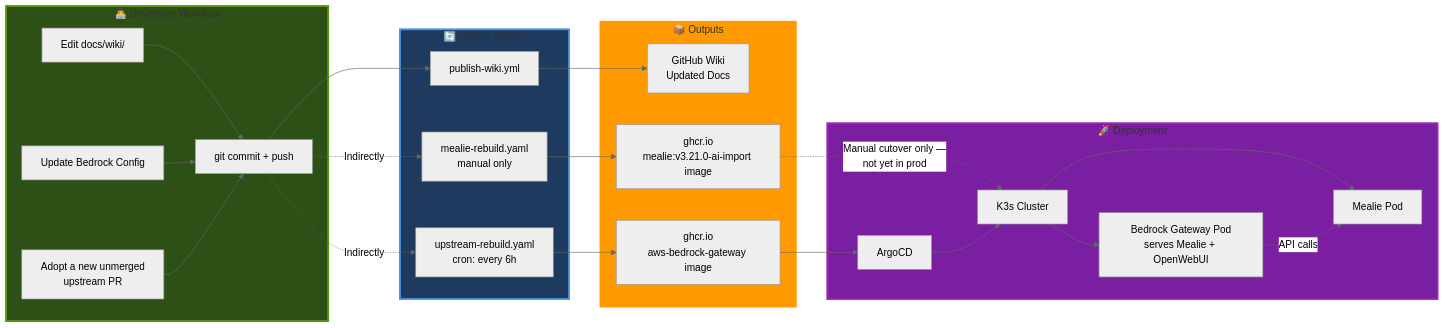
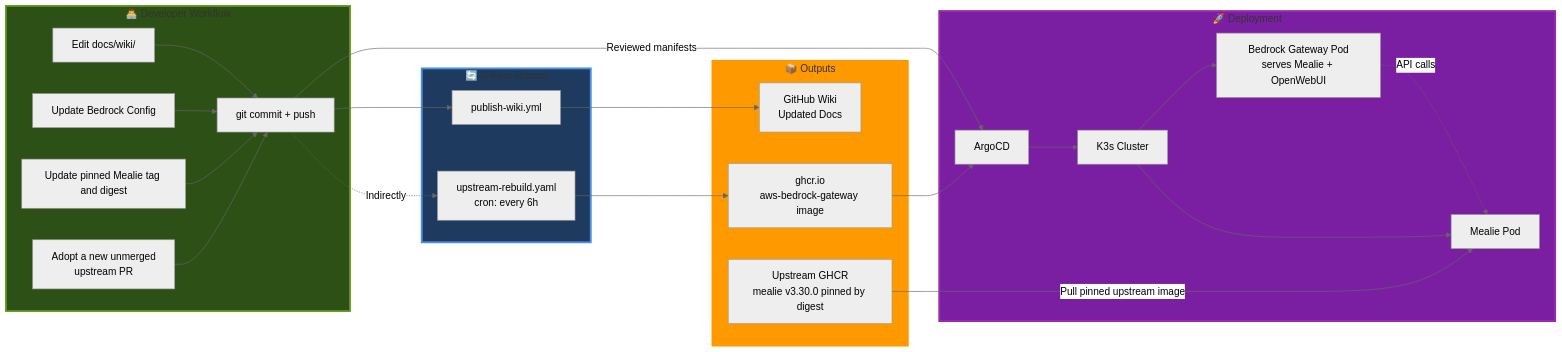
Before and after one commit to seadogger-tech/seadogger-homelab: the fourth of 4 diagrams in docs/wiki/15-CI-CD-and-GitHub-Actions.md, drawn with Mermaid (neutral theme). The commit also changed other lines of this file and 3 other files, not shown here.

````diff
--- a/docs/wiki/15-CI-CD-and-GitHub-Actions.md
+++ b/docs/wiki/15-CI-CD-and-GitHub-Actions.md
@@ -358,51 +298,51 @@
 ```mermaid
 graph LR
     subgraph Developer["👨‍💻 Developer Workflow"]
         EditWiki[Edit docs/wiki/]
         EditCode[Update Bedrock Config]
+        EditMealie[Update pinned Mealie tag and digest]
         AdoptPR[Adopt a new unmerged<br/>upstream PR]
         Commit[git commit + push]
     end
 
     subgraph GitHub["🔄 GitHub Actions"]
         WikiAction[publish-wiki.yml]
         BedrockAction[upstream-rebuild.yaml<br/>cron: every 6h]
-        MealieAction[mealie-rebuild.yaml<br/>manual only]
     end
 
     subgraph Outputs["📦 Outputs"]
         WikiSite[GitHub Wiki<br/>Updated Docs]
         GHCRBedrock[ghcr.io<br/>aws-bedrock-gateway image]
-        GHCRMealie[ghcr.io<br/>mealie:v3.21.0-ai-import image]
+        GHCRMealie[Upstream GHCR<br/>mealie v3.30.0 pinned by digest]
     end
 
     subgraph Deployment["🚀 Deployment"]
         ArgoCD[ArgoCD]
         K3sCluster[K3s Cluster]
         BedrockPod[Bedrock Gateway Pod<br/>serves Mealie + OpenWebUI]
         MealiePod[Mealie Pod]
     end
 
     EditWiki --> Commit
     EditCode --> Commit
+    EditMealie --> Commit
+    Commit -->|Reviewed manifests| ArgoCD
     AdoptPR --> Commit
     Commit --> WikiAction
     Commit -.->|Indirectly| BedrockAction
-    Commit -.->|Indirectly| MealieAction
 
     WikiAction --> WikiSite
     BedrockAction --> GHCRBedrock
-    MealieAction --> GHCRMealie
 
     GHCRBedrock --> ArgoCD
-    GHCRMealie -.->|Manual cutover only —<br/>not yet in prod| K3sCluster
+    GHCRMealie -->|Pull pinned upstream image| MealiePod
     ArgoCD --> K3sCluster
     K3sCluster --> BedrockPod
     K3sCluster --> MealiePod
     BedrockPod -.->|API calls| MealiePod
 
     style Developer fill:#2d5016,stroke:#5a9216,stroke-width:3px
     style GitHub fill:#1e3a5f,stroke:#4a90e2,stroke-width:3px
     style Outputs fill:#ff9900,stroke:#ff9900,stroke-width:3px
     style Deployment fill:#7b1fa2,stroke:#9c27b0,stroke-width:3px
 ```
````
